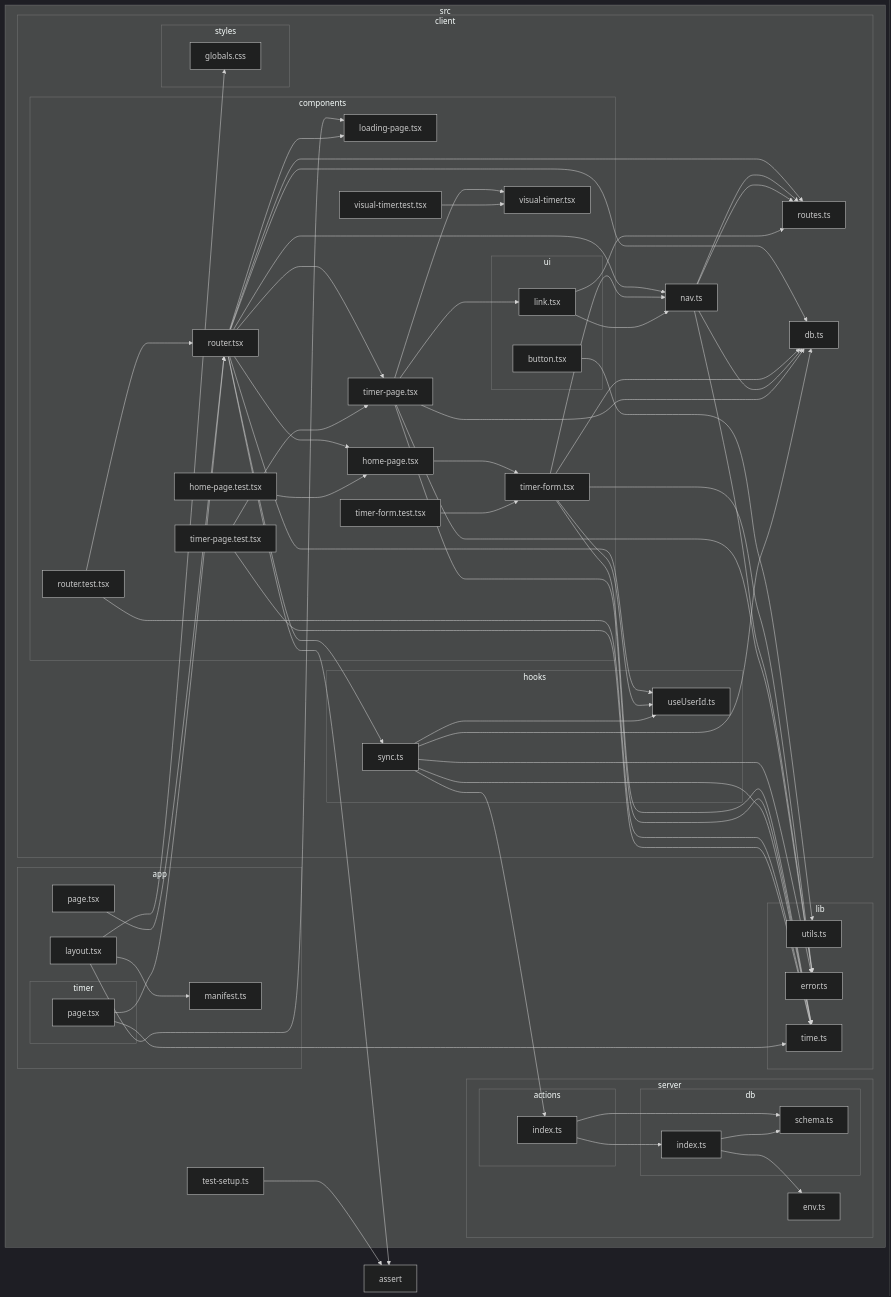
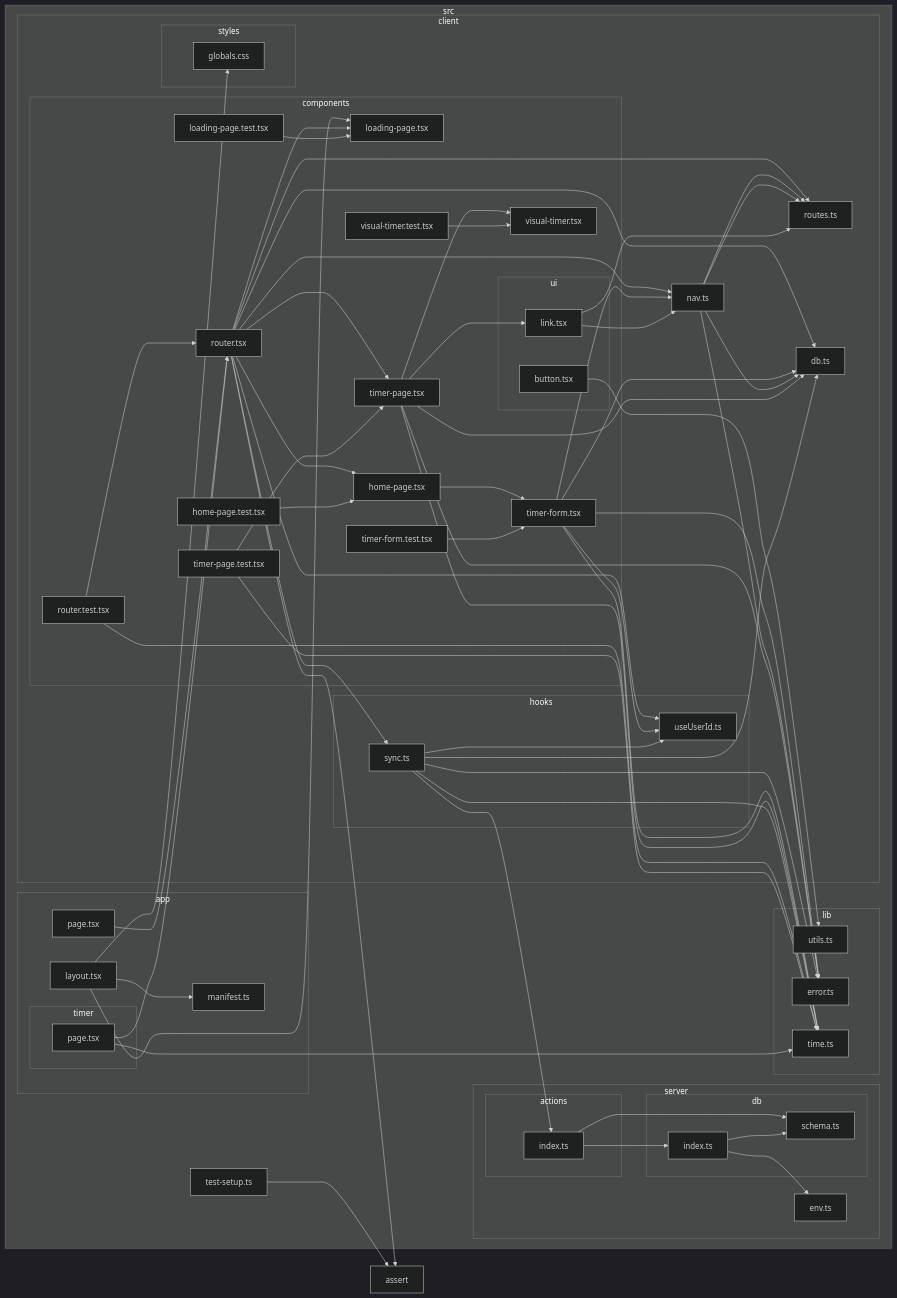
Before and after one commit to axolotl-logic/work-time: the diagram in reports/dependency-graph.mmd, drawn with Mermaid (dark theme). The commit also changed 1 other file, not shown here.

```diff
--- a/reports/dependency-graph.mmd
+++ b/reports/dependency-graph.mmd
@@ -1,108 +1,110 @@
 flowchart LR
 
 subgraph 0["src"]
 subgraph 1["app"]
 2["layout.tsx"]
 6["manifest.ts"]
 9["page.tsx"]
 subgraph Y["timer"]
 Z["page.tsx"]
 end
 end
 subgraph 3["client"]
 subgraph 4["styles"]
 5["globals.css"]
 end
 subgraph 7["components"]
 8["loading-page.tsx"]
 A["router.tsx"]
 C["home-page.tsx"]
 D["timer-form.tsx"]
 M["timer-page.tsx"]
 subgraph N["ui"]
 O["link.tsx"]
-14["button.tsx"]
+15["button.tsx"]
 end
 P["visual-timer.tsx"]
 10["home-page.test.tsx"]
-11["router.test.tsx"]
-12["timer-form.test.tsx"]
-13["timer-page.test.tsx"]
-16["visual-timer.test.tsx"]
+11["loading-page.test.tsx"]
+12["router.test.tsx"]
+13["timer-form.test.tsx"]
+14["timer-page.test.tsx"]
+17["visual-timer.test.tsx"]
 end
 E["nav.ts"]
 F["routes.ts"]
 G["db.ts"]
 subgraph J["hooks"]
 K["useUserId.ts"]
 Q["sync.ts"]
 end
 end
 subgraph H["lib"]
 I["error.ts"]
 L["time.ts"]
-15["utils.ts"]
+16["utils.ts"]
 end
 subgraph R["server"]
 subgraph S["actions"]
 T["index.ts"]
 end
 subgraph U["db"]
 V["schema.ts"]
 W["index.ts"]
 end
 X["env.ts"]
 end
-17["test-setup.ts"]
+18["test-setup.ts"]
 end
 B["assert"]
 2-->6
 2-->8
 2-->5
 9-->A
 A-->C
 A-->8
 A-->M
 A-->G
 A-->Q
 A-->K
 A-->E
 A-->F
 A-->B
 C-->D
 D-->E
 D-->G
 D-->K
 D-->I
 D-->L
 E-->F
 E-->G
 E-->F
 E-->I
 M-->G
 M-->O
 M-->P
 M-->I
 M-->L
 O-->E
 O-->F
 Q-->K
 Q-->G
 Q-->I
 Q-->L
 Q-->T
 T-->V
 T-->W
 W-->V
 W-->X
 Z-->A
 Z-->L
 10-->C
-11-->A
-11-->L
-12-->D
-13-->M
-13-->L
-14-->15
-16-->P
-17-->B
+11-->8
+12-->A
+12-->L
+13-->D
+14-->M
+14-->L
+15-->16
+17-->P
+18-->B
```
